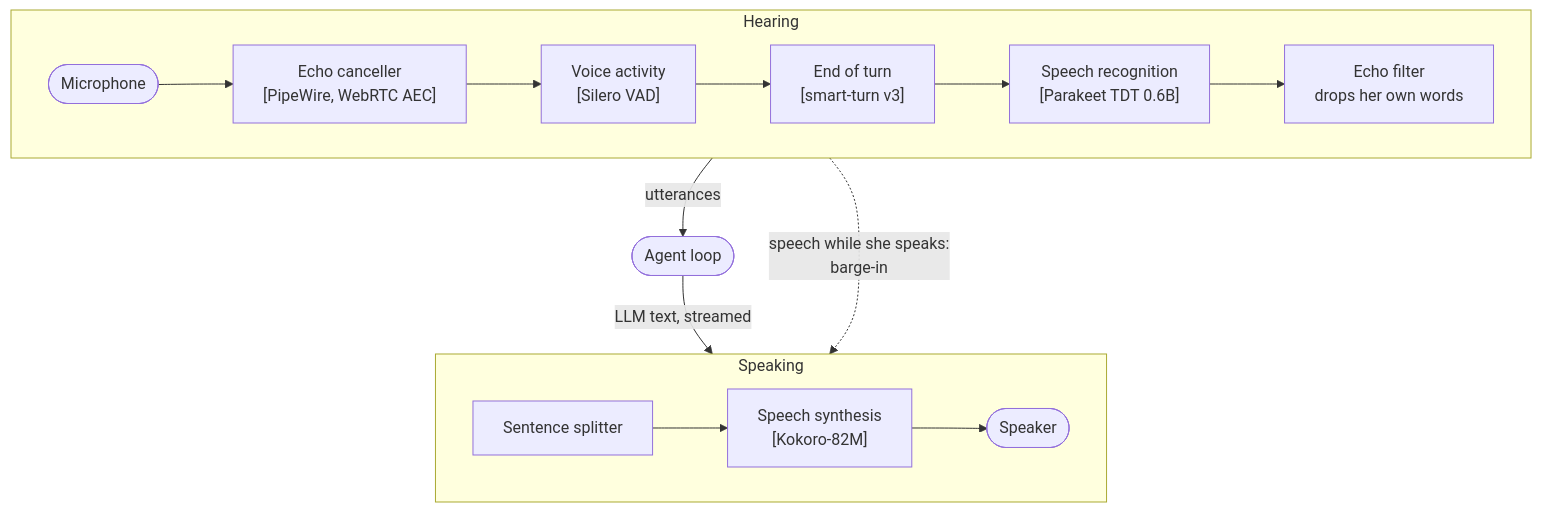
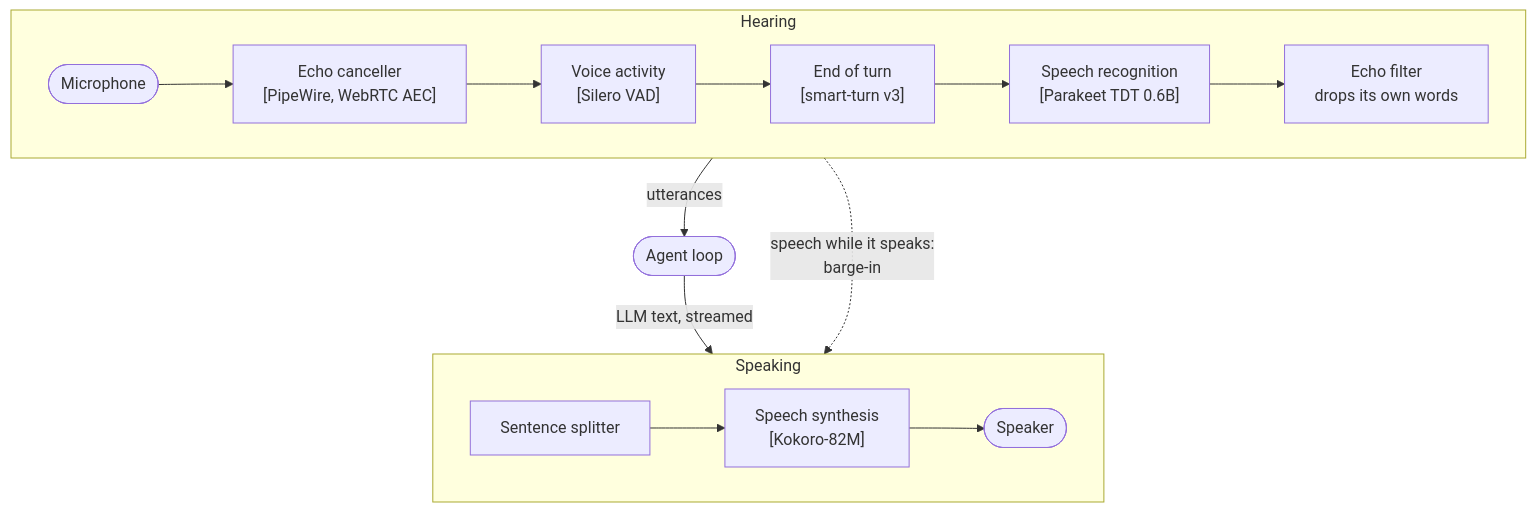
The fourth of 9 diagrams in docs/ARCHITECTURE.md (lokiledev/robot-voice-agent), drawn with Mermaid before and after one commit. The commit also changed other lines of this file and 1 other file, not shown here.

````diff
--- a/docs/ARCHITECTURE.md
+++ b/docs/ARCHITECTURE.md
@@ -126,20 +126,20 @@
 ```mermaid
 flowchart TB
     subgraph hearing ["Hearing"]
         direction LR
         mic([Microphone]) --> aec["Echo canceller<br/>[PipeWire, WebRTC AEC]"]
         aec --> vad["Voice activity<br/>[Silero VAD]"]
         vad --> turn["End of turn<br/>[smart-turn v3]"]
         turn --> asr["Speech recognition<br/>[Parakeet TDT 0.6B]"]
-        asr --> echo["Echo filter<br/>drops her own words"]
+        asr --> echo["Echo filter<br/>drops its own words"]
     end
     loop([Agent loop])
     subgraph speaking ["Speaking"]
         direction LR
         split["Sentence splitter"] --> tts["Speech synthesis<br/>[Kokoro-82M]"]
         tts --> spk([Speaker])
     end
     hearing -- "utterances" --> loop
     loop -- "LLM text, streamed" --> speaking
-    hearing -. "speech while she speaks:<br/>barge-in" .-> speaking
+    hearing -. "speech while it speaks:<br/>barge-in" .-> speaking
 ```
````
